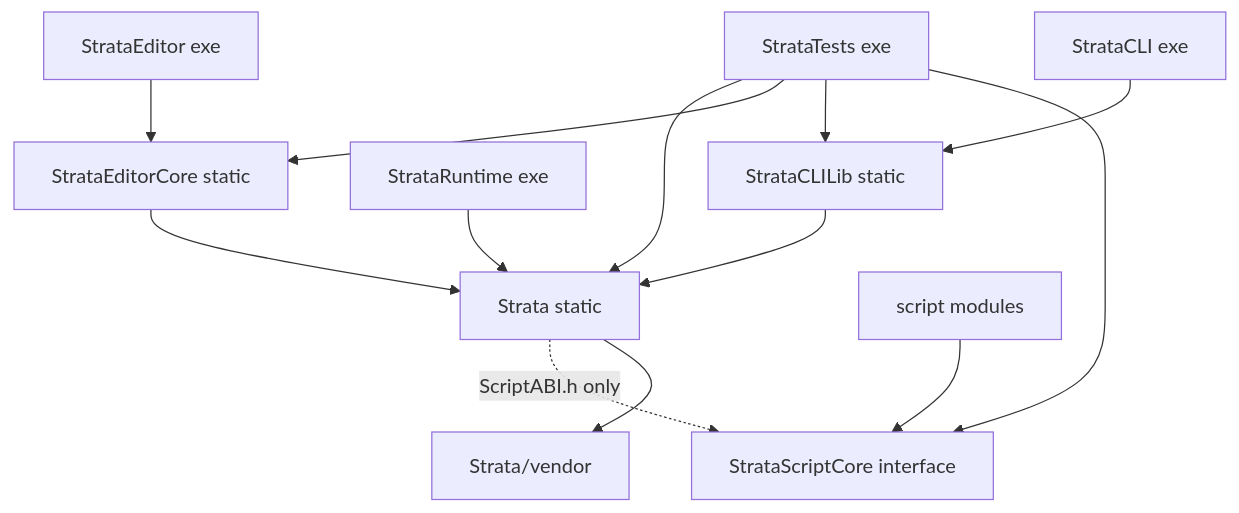
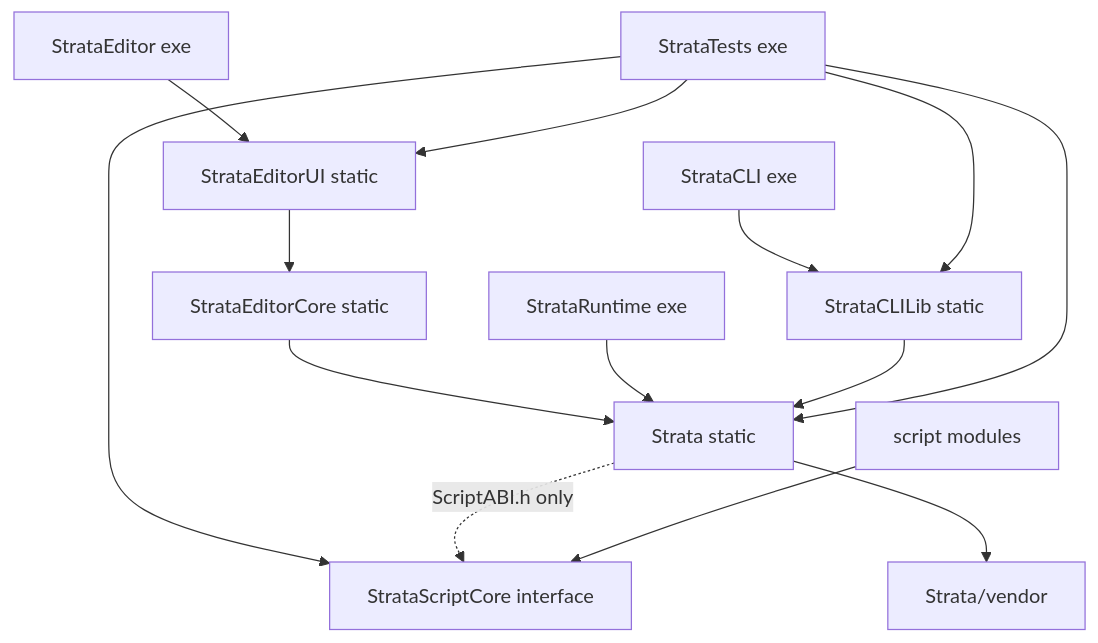
Before and after one commit to 2042Third/GameEngine: the diagram in Docs/Architecture.md, drawn with Mermaid. The commit also changed other lines of this file and 9 other files, not shown here.

First line of the commit message:
Split the editor UI into StrataEditorUI behind an EditorHost

````diff
--- a/Docs/Architecture.md
+++ b/Docs/Architecture.md
@@ -26,15 +26,16 @@
 ```mermaid
 graph TD
-  Editor[StrataEditor exe] --> EditorCore[StrataEditorCore static]
+  Editor[StrataEditor exe] --> EditorUI[StrataEditorUI static]
+  EditorUI --> EditorCore[StrataEditorCore static]
   EditorCore --> Strata[Strata static]
   Runtime[StrataRuntime exe] --> Strata
   CLI[StrataCLI exe] --> CLILib[StrataCLILib static]
   CLILib --> Strata
   Tests[StrataTests exe] --> Strata
-  Tests --> EditorCore
+  Tests --> EditorUI
   Tests --> CLILib
   Tests --> ScriptCore
   Strata -.->|ScriptABI.h only| ScriptCore[StrataScriptCore interface]
   Module[script modules] --> ScriptCore
   Strata --> Vendor[Strata/vendor]
 ```
````
